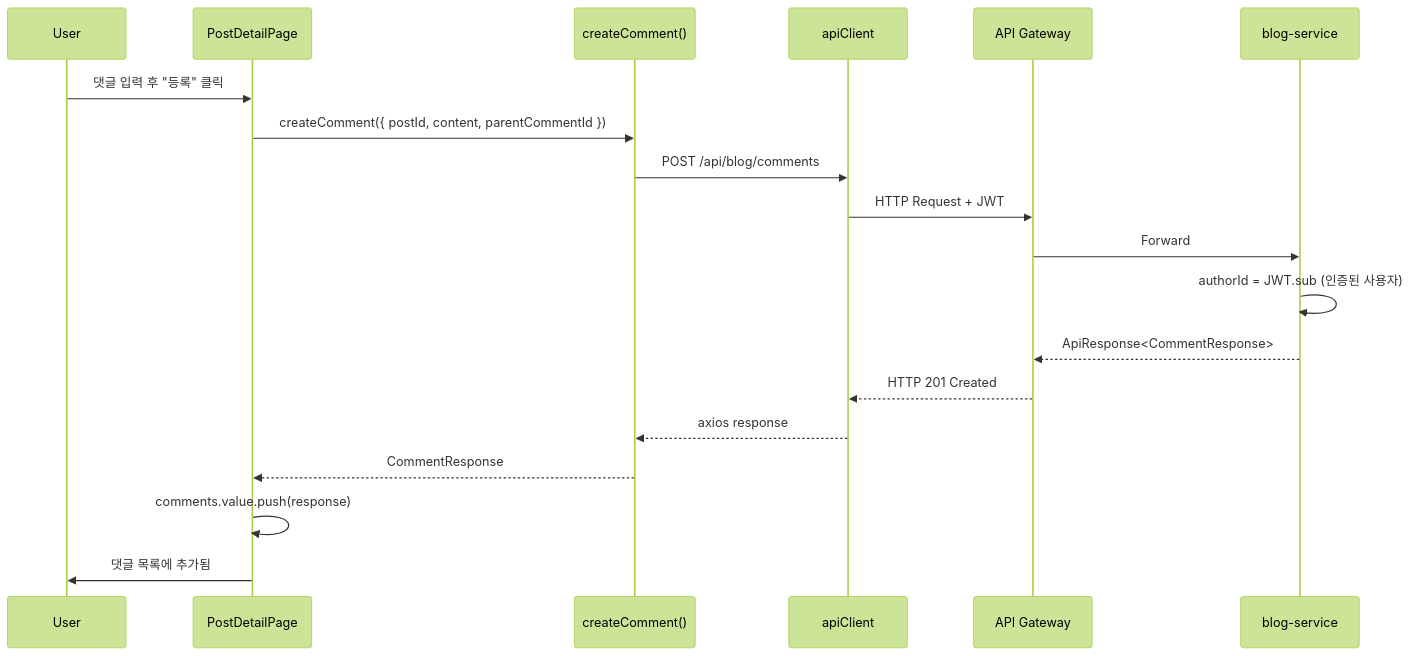
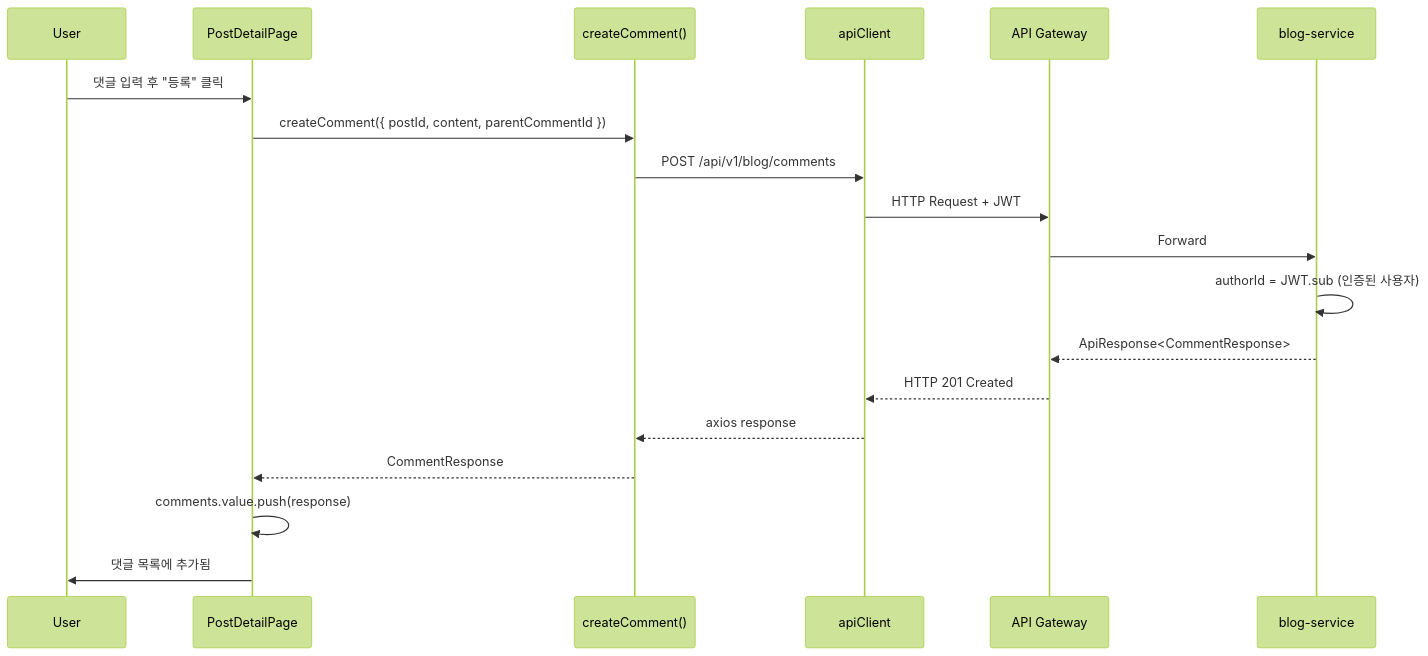
Before and after one commit to L-a-z-e/portal-universe: the sixth of 10 diagrams in frontend/blog-frontend/docs/architecture/data-flow.md, drawn with Mermaid (forest theme). The commit also changed other lines of this file and 15 other files, not shown here.

````diff
--- a/frontend/blog-frontend/docs/architecture/data-flow.md
+++ b/frontend/blog-frontend/docs/architecture/data-flow.md
@@ -219,22 +219,22 @@
 ```mermaid
 sequenceDiagram
     participant U as User
     participant C as PostDetailPage
     participant A as createComment()
     participant AC as apiClient
     participant G as API Gateway
     participant S as blog-service
 
     U->>C: 댓글 입력 후 "등록" 클릭
     C->>A: createComment({ postId, content, parentCommentId })
-    A->>AC: POST /api/blog/comments
+    A->>AC: POST /api/v1/blog/comments
     AC->>G: HTTP Request + JWT
     G->>S: Forward
     S->>S: authorId = JWT.sub (인증된 사용자)
     S-->>G: ApiResponse<CommentResponse>
     G-->>AC: HTTP 201 Created
     AC-->>A: axios response
     A-->>C: CommentResponse
     C->>C: comments.value.push(response)
     C->>U: 댓글 목록에 추가됨
 ```
````
